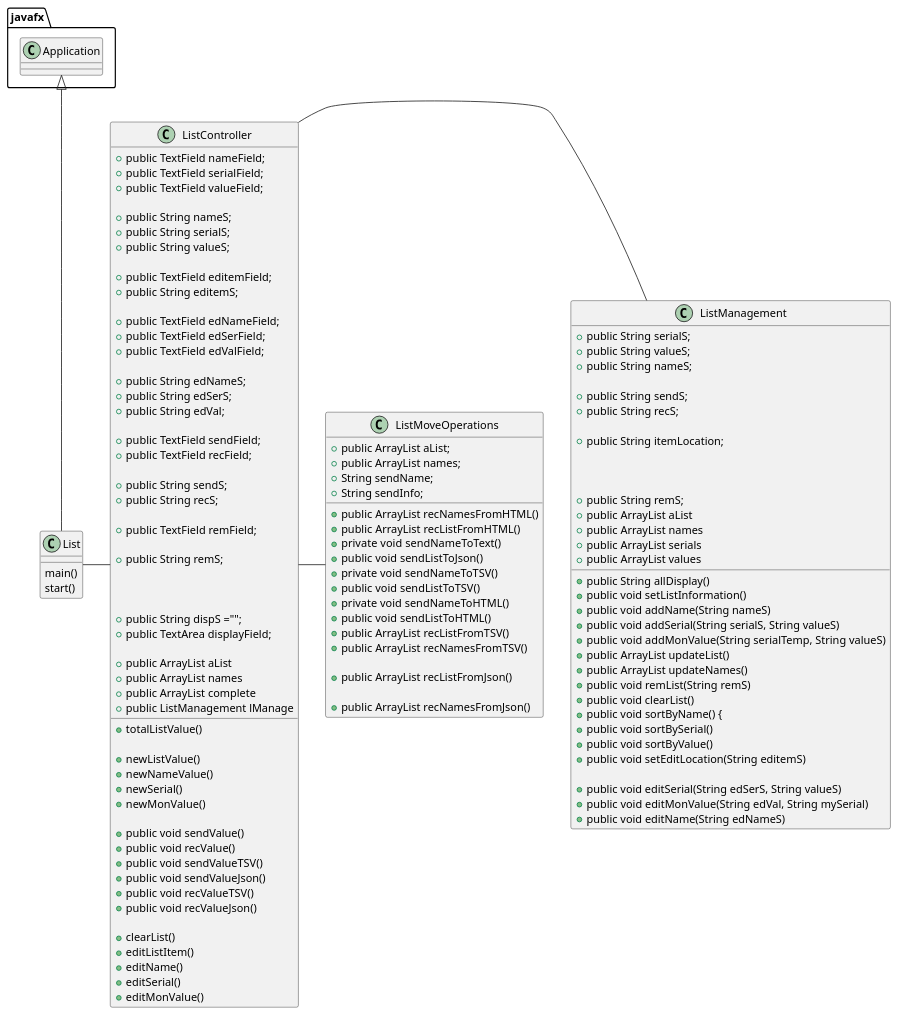
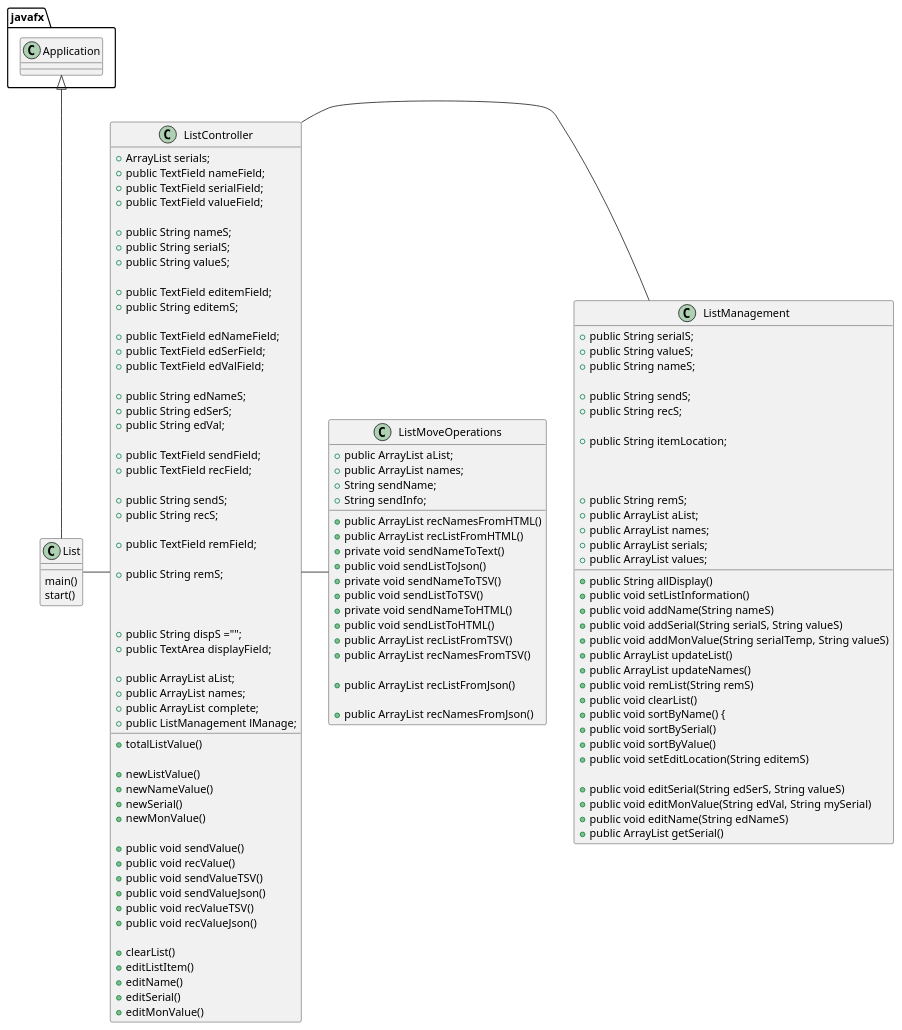
One commit to agalvezv/galvez-vega-3179-a5 changed the diagram in uml/Assignment5Diagram.puml. Above: the diagram before and after it, drawn with PlantUML. The commit also changed 4 other files, not shown here.

```diff
--- a/uml/Assignment5Diagram.puml
+++ b/uml/Assignment5Diagram.puml
@@ -1,145 +1,147 @@
 @startuml
 class ListManagement {
     +public String serialS;
     +public String valueS;
     +public String nameS;
 
    +public String sendS;
     +public String recS;
 
     +public String itemLocation;
 
 
 
     +public String remS;
-    +public ArrayList aList
-    +public ArrayList names
-    +public ArrayList serials
-    +public ArrayList values
+    +public ArrayList aList;
+    +public ArrayList names;
+    +public ArrayList serials;
+    +public ArrayList values;
 
     +public String allDisplay()
     +public void setListInformation()
     +public void addName(String nameS)
     +public void addSerial(String serialS, String valueS)
     +public void addMonValue(String serialTemp, String valueS)
     +public ArrayList updateList()
     +public ArrayList updateNames()
     +public void remList(String remS)
     +public void clearList()
     +public void sortByName() {
     +public void sortBySerial()
     +public void sortByValue()
     +public void setEditLocation(String editemS)
 
     +public void editSerial(String edSerS, String valueS)
     +public void editMonValue(String edVal, String mySerial)
     +public void editName(String edNameS)
+    +public ArrayList getSerial()
 
 }
 
 class ListMoveOperations {
 
 +public ArrayList aList;
 +public ArrayList names;
 +String sendName;
 +String sendInfo;
 
 
 +public ArrayList recNamesFromHTML()
 +public ArrayList recListFromHTML()
 +private void sendNameToText()
 +public void sendListToJson()
 +private void sendNameToTSV()
 +public void sendListToTSV()
 +private void sendNameToHTML()
 +public void sendListToHTML()
 
 
 +public ArrayList recListFromTSV()
 
 
 +public ArrayList recNamesFromTSV()
 
 +public ArrayList recListFromJson()
 
 +public ArrayList recNamesFromJson()
 
 }
 
 class ListController {
+    +ArrayList serials;
     +public TextField nameField;
     +public TextField serialField;
     +public TextField valueField;
 
     +public String nameS;
     +public String serialS;
     +public String valueS;
 
     +public TextField editemField;
     +public String editemS;
 
     +public TextField edNameField;
     +public TextField edSerField;
     +public TextField edValField;
 
     +public String edNameS;
     +public String edSerS;
     +public String edVal;
 
     +public TextField sendField;
     +public TextField recField;
 
     +public String sendS;
     +public String recS;
 
     +public TextField remField;
 
     +public String remS;
 
 
 
     +public String dispS ="";
     +public TextArea displayField;
 
-    +public ArrayList aList
-    +public ArrayList names
-    +public ArrayList complete
-    +public ListManagement lManage
+    +public ArrayList aList;
+    +public ArrayList names;
+    +public ArrayList complete;
+    +public ListManagement lManage;
 
 
     +totalListValue()
 
     +newListValue()
     +newNameValue()
     +newSerial()
     +newMonValue()
 
     +public void sendValue()
     +public void recValue()
     +public void sendValueTSV()
     +public void sendValueJson()
     +public void recValueTSV()
     +public void recValueJson()
 
     +clearList()
     +editListItem()
     +editName()
     +editSerial()
     +editMonValue()
 
 
 }
 
 class List {
 
     main()
     start()
 }
 
 
 
 javafx.Application <|-- List
 List - ListController
 ListController - ListManagement
 ListController - ListMoveOperations
 @enduml
```
